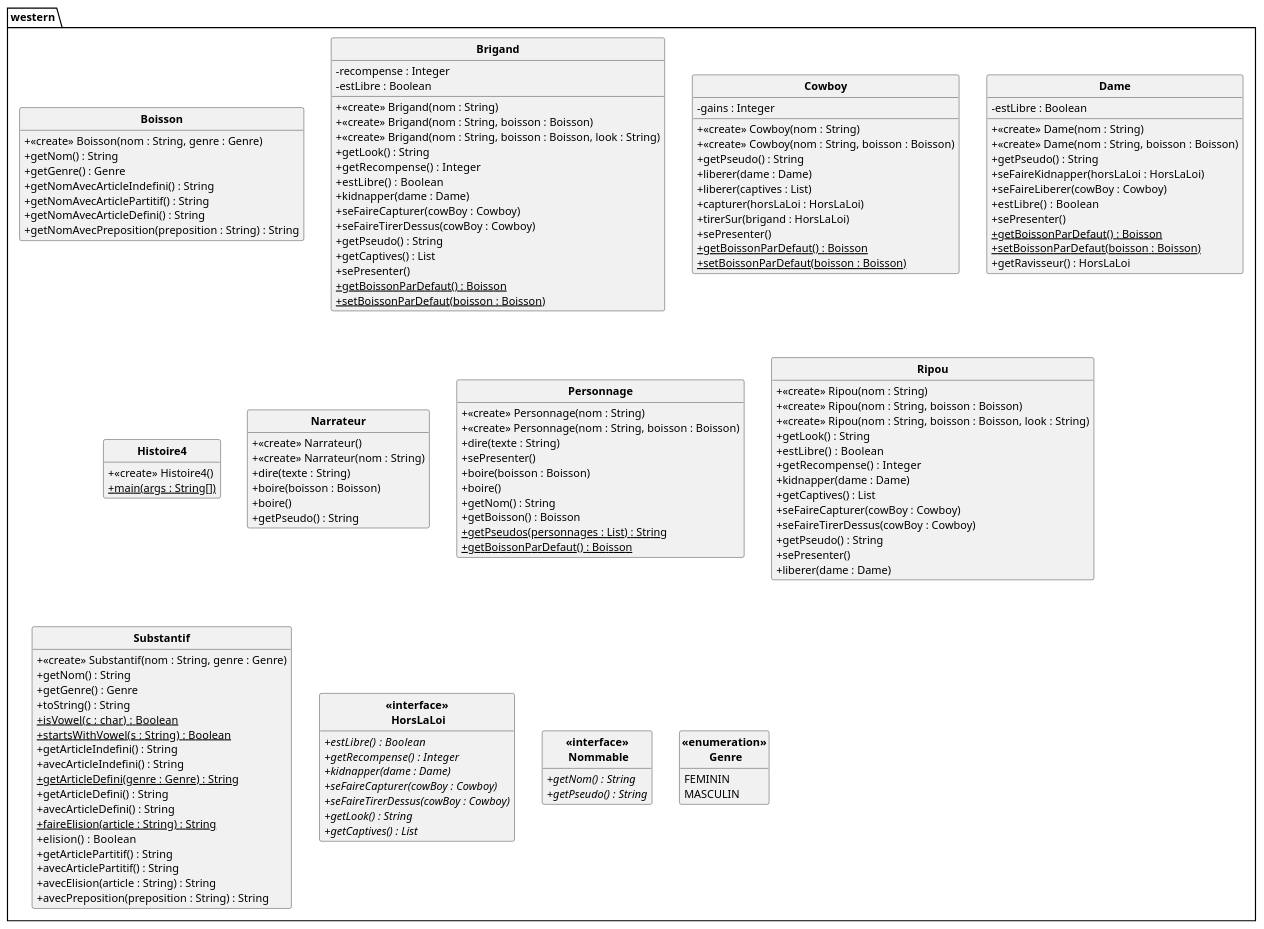
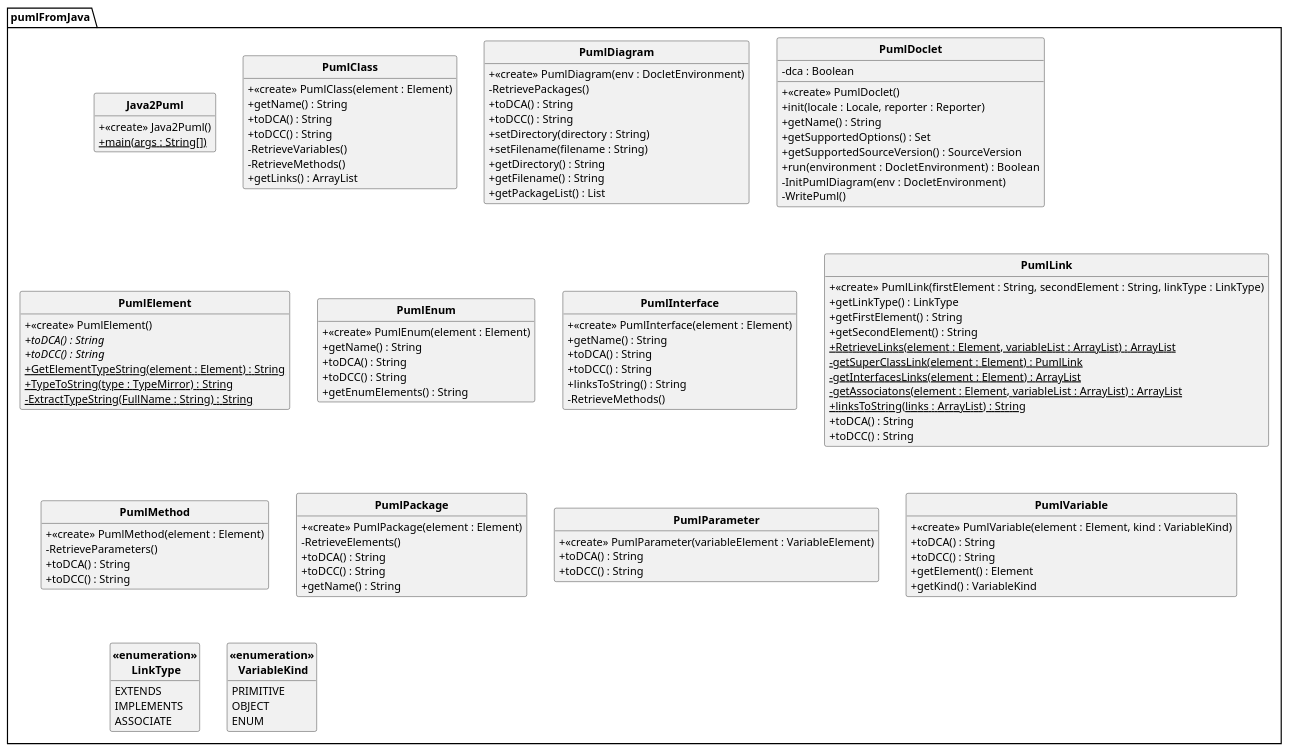
One commit to Lykomonix/API-JAVAtoPUML changed the diagram in javadoc.puml. Above: the diagram before and after it, drawn with PlantUML. The commit also changed 34 other files, not shown here.

```diff
--- a/javadoc.puml
+++ b/javadoc.puml
@@ -1,165 +1,145 @@
 @startuml
 
 skinparam style strictuml
 skinparam classAttributeIconSize 0
 skinparam classFontStyle Bold
 hide empty members
 
-Package "western" {
-class Boisson
+Package "pumlFromJava" {
+class Java2Puml
 {
-+ <<create>> Boisson(nom : String, genre : Genre) 
-+ getNom() : String
-+ getGenre() : Genre
-+ getNomAvecArticleIndefini() : String
-+ getNomAvecArticlePartitif() : String
-+ getNomAvecArticleDefini() : String
-+ getNomAvecPreposition(preposition : String) : String
-}
-
-class Brigand
-{
-- recompense : Integer
-- estLibre : Boolean
-+ <<create>> Brigand(nom : String) 
-+ <<create>> Brigand(nom : String, boisson : Boisson) 
-+ <<create>> Brigand(nom : String, boisson : Boisson, look : String) 
-+ getLook() : String
-+ getRecompense()  : Integer
-+ estLibre()  : Boolean
-+ kidnapper(dame : Dame) 
-+ seFaireCapturer(cowBoy : Cowboy) 
-+ seFaireTirerDessus(cowBoy : Cowboy) 
-+ getPseudo() : String
-+ getCaptives() : List
-+ sePresenter() 
-+ {static} getBoissonParDefaut() : Boisson
-+ {static} setBoissonParDefaut(boisson : Boisson) 
-}
-
-class Cowboy
-{
-- gains : Integer
-+ <<create>> Cowboy(nom : String) 
-+ <<create>> Cowboy(nom : String, boisson : Boisson) 
-+ getPseudo() : String
-+ liberer(dame : Dame) 
-+ liberer(captives : List) 
-+ capturer(horsLaLoi : HorsLaLoi) 
-+ tirerSur(brigand : HorsLaLoi) 
-+ sePresenter() 
-+ {static} getBoissonParDefaut() : Boisson
-+ {static} setBoissonParDefaut(boisson : Boisson) 
-}
-
-class Dame
-{
-- estLibre : Boolean
-+ <<create>> Dame(nom : String) 
-+ <<create>> Dame(nom : String, boisson : Boisson) 
-+ getPseudo() : String
-+ seFaireKidnapper(horsLaLoi : HorsLaLoi) 
-+ seFaireLiberer(cowBoy : Cowboy) 
-+ estLibre()  : Boolean
-+ sePresenter() 
-+ {static} getBoissonParDefaut() : Boisson
-+ {static} setBoissonParDefaut(boisson : Boisson) 
-+ getRavisseur() : HorsLaLoi
-}
-
-class Histoire4
-{
-+ <<create>> Histoire4() 
++ <<create>> Java2Puml() 
 + {static} main(args : String[]) 
 }
 
-class Narrateur
+class PumlClass
 {
-+ <<create>> Narrateur() 
-+ <<create>> Narrateur(nom : String) 
-+ dire(texte : String) 
-+ boire(boisson : Boisson) 
-+ boire() 
-+ getPseudo() : String
++ <<create>> PumlClass(element : Element) 
++ getName() : String
++ toDCA() : String
++ toDCC() : String
+- RetrieveVariables() 
+- RetrieveMethods() 
++ getLinks() : ArrayList
 }
 
-class Personnage
+class PumlDiagram
 {
-+ <<create>> Personnage(nom : String) 
-+ <<create>> Personnage(nom : String, boisson : Boisson) 
-+ dire(texte : String) 
-+ sePresenter() 
-+ boire(boisson : Boisson) 
-+ boire() 
-+ getNom() : String
-+ getBoisson() : Boisson
-+ {static} getPseudos(personnages : List) : String
-+ {static} getBoissonParDefaut() : Boisson
++ <<create>> PumlDiagram(env : DocletEnvironment) 
+- RetrievePackages() 
++ toDCA() : String
++ toDCC() : String
++ setDirectory(directory : String) 
++ setFilename(filename : String) 
++ getDirectory() : String
++ getFilename() : String
++ getPackageList() : List
 }
 
-class Ripou
+class PumlDoclet
 {
-+ <<create>> Ripou(nom : String) 
-+ <<create>> Ripou(nom : String, boisson : Boisson) 
-+ <<create>> Ripou(nom : String, boisson : Boisson, look : String) 
-+ getLook() : String
-+ estLibre()  : Boolean
-+ getRecompense()  : Integer
-+ kidnapper(dame : Dame) 
-+ getCaptives() : List
-+ seFaireCapturer(cowBoy : Cowboy) 
-+ seFaireTirerDessus(cowBoy : Cowboy) 
-+ getPseudo() : String
-+ sePresenter() 
-+ liberer(dame : Dame) 
+- dca : Boolean
++ <<create>> PumlDoclet() 
++ init(locale : Locale, reporter : Reporter) 
++ getName() : String
++ getSupportedOptions() : Set
++ getSupportedSourceVersion() : SourceVersion
++ run(environment : DocletEnvironment)  : Boolean
+- InitPumlDiagram(env : DocletEnvironment) 
+- WritePuml() 
 }
 
-class Substantif
+class PumlElement
 {
-+ <<create>> Substantif(nom : String, genre : Genre) 
-+ getNom() : String
-+ getGenre() : Genre
-+ toString() : String
-+ {static} isVowel(c : char)  : Boolean
-+ {static} startsWithVowel(s : String)  : Boolean
-+ getArticleIndefini() : String
-+ avecArticleIndefini() : String
-+ {static} getArticleDefini(genre : Genre) : String
-+ getArticleDefini() : String
-+ avecArticleDefini() : String
-+ {static} faireElision(article : String) : String
-+ elision()  : Boolean
-+ getArticlePartitif() : String
-+ avecArticlePartitif() : String
-+ avecElision(article : String) : String
-+ avecPreposition(preposition : String) : String
++ <<create>> PumlElement() 
++ {abstract} toDCA() : String
++ {abstract} toDCC() : String
++ {static} GetElementTypeString(element : Element) : String
++ {static} TypeToString(type : TypeMirror) : String
+- {static} ExtractTypeString(FullName : String) : String
 }
 
-class "<<interface>>\n HorsLaLoi" as HorsLaLoi
+class PumlEnum
 {
-+ {abstract} estLibre()  : Boolean
-+ {abstract} getRecompense()  : Integer
-+ {abstract} kidnapper(dame : Dame) 
-+ {abstract} seFaireCapturer(cowBoy : Cowboy) 
-+ {abstract} seFaireTirerDessus(cowBoy : Cowboy) 
-+ {abstract} getLook() : String
-+ {abstract} getCaptives() : List
-
++ <<create>> PumlEnum(element : Element) 
++ getName() : String
++ toDCA() : String
++ toDCC() : String
++ getEnumElements() : String
 }
 
-class "<<interface>>\n Nommable" as Nommable
+class PumlInterface
 {
-+ {abstract} getNom() : String
-+ {abstract} getPseudo() : String
-
++ <<create>> PumlInterface(element : Element) 
++ getName() : String
++ toDCA() : String
++ toDCC() : String
++ linksToString() : String
+- RetrieveMethods() 
 }
 
-class "<<enumeration>>\n Genre" as Genre
+class PumlLink
 {
-FEMININ
-MASCULIN
++ <<create>> PumlLink(firstElement : String, secondElement : String, linkType : LinkType) 
++ getLinkType() : LinkType
++ getFirstElement() : String
++ getSecondElement() : String
++ {static} RetrieveLinks(element : Element, variableList : ArrayList) : ArrayList
+- {static} getSuperClassLink(element : Element) : PumlLink
+- {static} getInterfacesLinks(element : Element) : ArrayList
+- {static} getAssociatons(element : Element, variableList : ArrayList) : ArrayList
++ {static} linksToString(links : ArrayList) : String
++ toDCA() : String
++ toDCC() : String
+}
+
+class PumlMethod
+{
++ <<create>> PumlMethod(element : Element) 
+- RetrieveParameters() 
++ toDCA() : String
++ toDCC() : String
+}
+
+class PumlPackage
+{
++ <<create>> PumlPackage(element : Element) 
+- RetrieveElements() 
++ toDCA() : String
++ toDCC() : String
++ getName() : String
+}
+
+class PumlParameter
+{
++ <<create>> PumlParameter(variableElement : VariableElement) 
++ toDCA() : String
++ toDCC() : String
+}
+
+class PumlVariable
+{
++ <<create>> PumlVariable(element : Element, kind : VariableKind) 
++ toDCA() : String
++ toDCC() : String
++ getElement() : Element
++ getKind() : VariableKind
+}
+
+class "<<enumeration>>\n LinkType" as LinkType
+{
+EXTENDS
+IMPLEMENTS
+ASSOCIATE
+}
+
+class "<<enumeration>>\n VariableKind" as VariableKind
+{
+PRIMITIVE
+OBJECT
+ENUM
 }
 
 }
 
 @enduml
```
